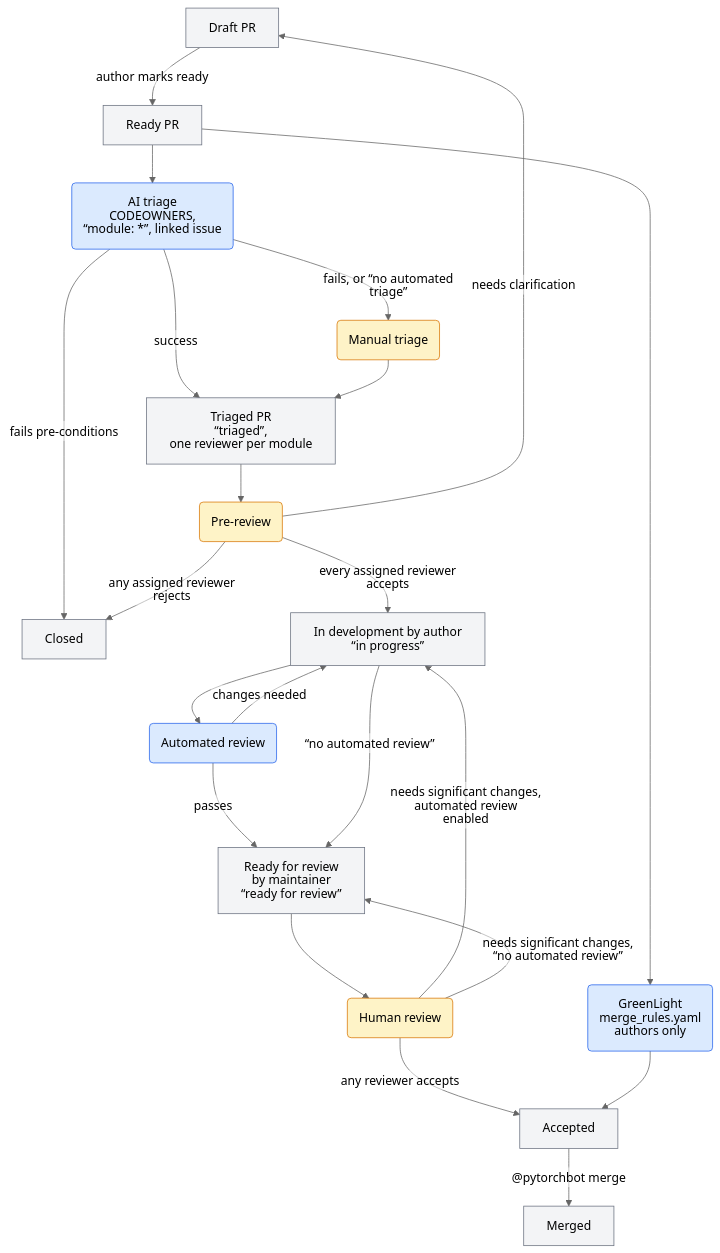
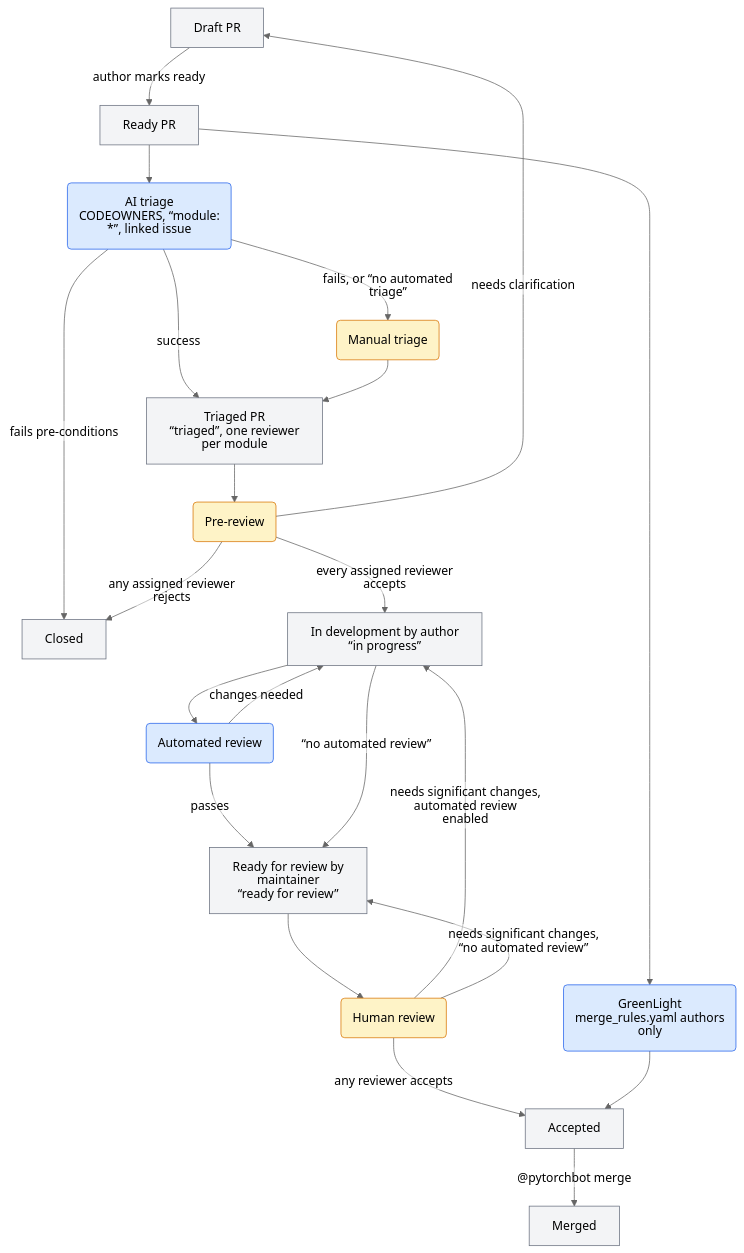
Before and after one commit to pytorch/pytorch: the second of 2 diagrams in CONTRIBUTING.md, drawn with Mermaid (neutral theme). The commit also changed other lines of this file, not shown here.

Commit message:
Update
[ghstack-poisoned]

````diff
--- a/CONTRIBUTING.md
+++ b/CONTRIBUTING.md
@@ -126,28 +126,28 @@
 ```mermaid
 %%{init: {"htmlLabels": false, "flowchart": {"htmlLabels": false}}}%%
 flowchart TD
     draft[Draft PR] -- author marks ready --> ready[Ready PR]
-    ready --> ai("AI triage<br/>CODEOWNERS,<br/>“module: *”, linked issue")
+    ready --> ai("AI triage<br/>CODEOWNERS, “module: *”, linked issue")
     ai -- fails pre-conditions --> closed[Closed]
-    ai -- success --> triaged["Triaged PR<br/>“triaged”,<br/>one reviewer per module"]
+    ai -- success --> triaged["Triaged PR<br/>“triaged”, one reviewer per module"]
     ai -- "fails, or “no automated triage”" --> htriage(Manual triage) --> triaged
     triaged --> pre(Pre-review)
     pre -- any assigned reviewer rejects --> closed
     pre -- needs clarification --> draft
     pre -- every assigned reviewer accepts --> dev["In development by author<br/>“in progress”"]
-    dev --> auto(Automated review) -- passes --> rfr["Ready for review<br/>by maintainer<br/>“ready for review”"]
+    dev --> auto(Automated review) -- passes --> rfr["Ready for review by maintainer<br/>“ready for review”"]
     auto -- changes needed --> dev
     dev -- "“no automated review”" --> rfr
     rfr --> review(Human review)
     review -- "needs significant changes,<br/>automated review enabled" --> dev
     review -- "needs significant changes,<br/>“no automated review”" --> rfr
     review -- any reviewer accepts --> accepted[Accepted]
-    ready --> gl("GreenLight<br/>merge_rules.yaml<br/>authors only") --> accepted
+    ready --> gl("GreenLight<br/>merge_rules.yaml authors only") --> accepted
     accepted -- "@pytorchbot merge" --> merged[Merged]
     classDef state fill:#f3f4f6,stroke:#6b7280,color:#000
     classDef aiproc fill:#dbeafe,stroke:#2563eb,color:#000
     classDef humanproc fill:#fef3c7,stroke:#d97706,color:#000
     class draft,ready,closed,triaged,dev,rfr,accepted,merged state
     class ai,auto,gl aiproc
     class htriage,pre,review humanproc
 ```
````
